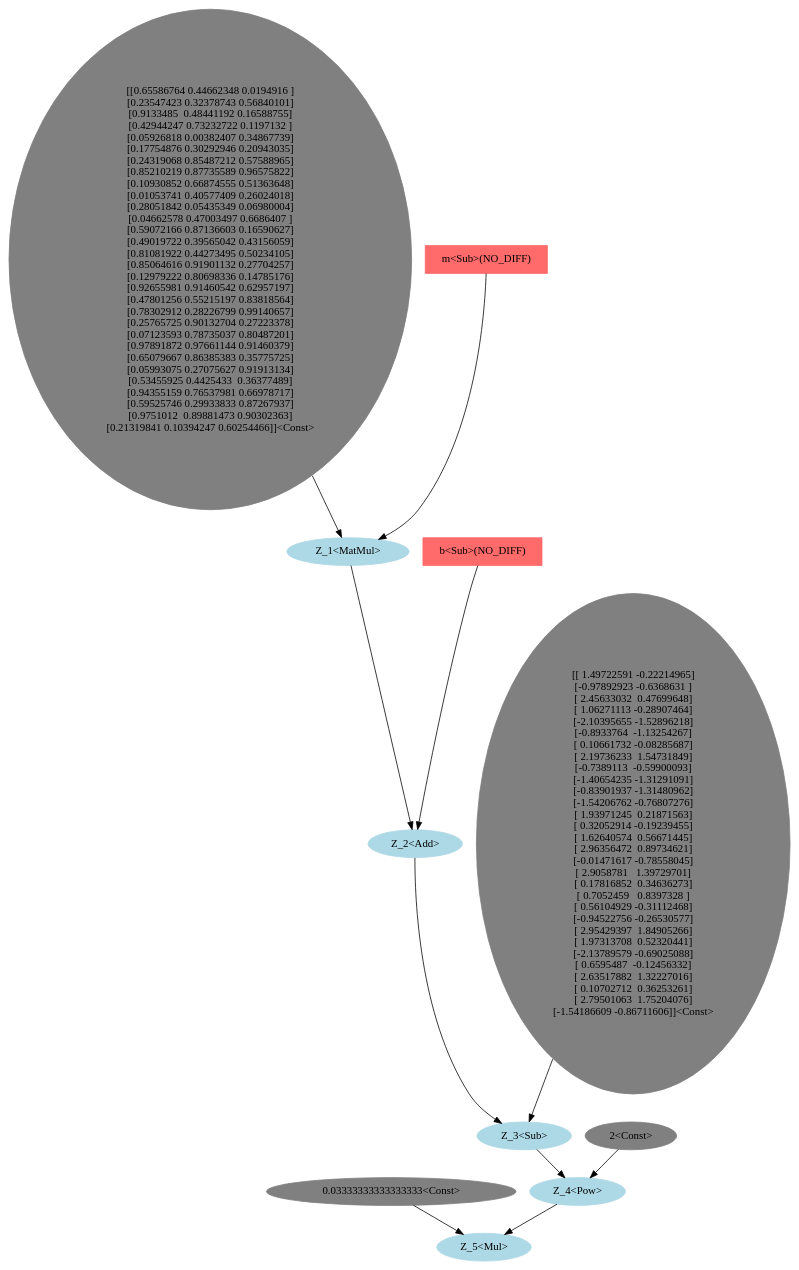
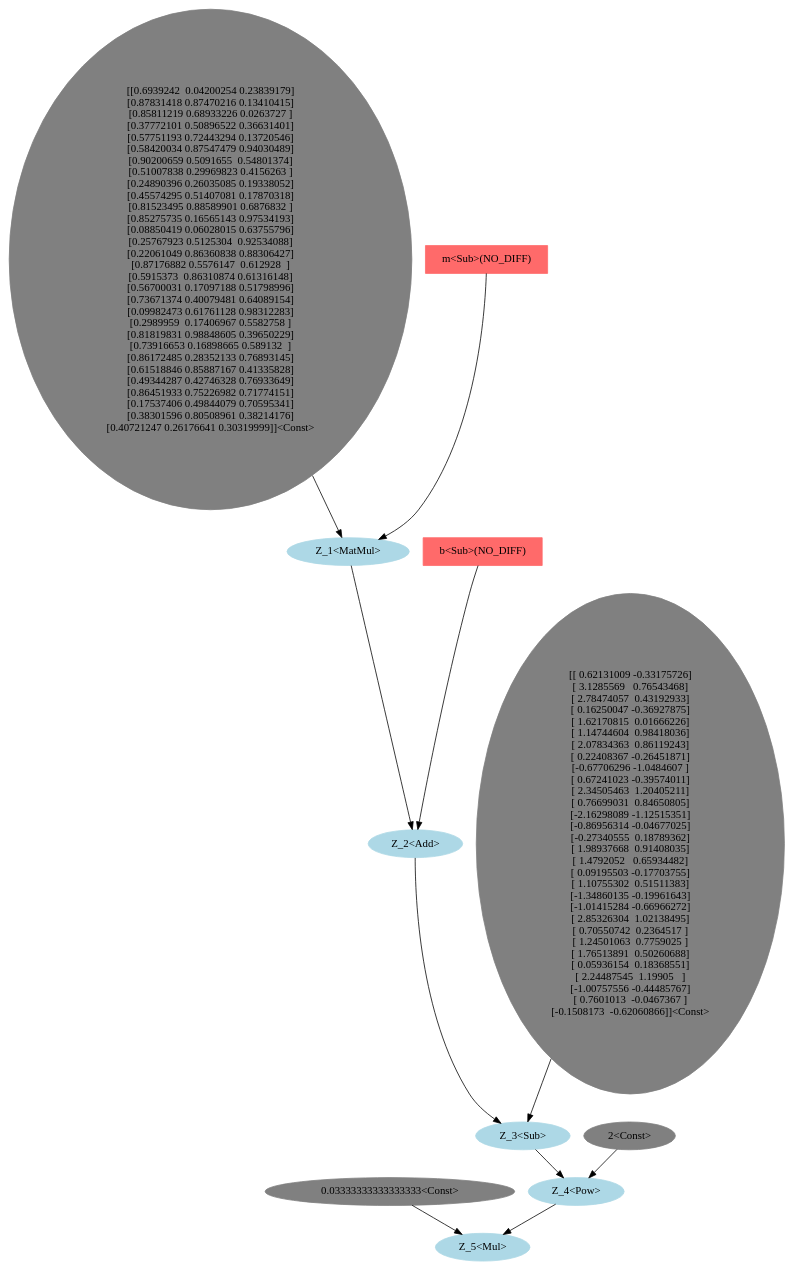
One commit to VIVelev/nujo changed the diagram in Digraph.gv. Above: the diagram before and after it, drawn with Graphviz. The commit also changed 8 other files, not shown here.

```diff
--- a/Digraph.gv
+++ b/Digraph.gv
@@ -1,148 +1,148 @@
 digraph {
 	"0.03333333333333333<Const>" [color=gray shape=oval style=filled]
 	"Z_5<Mul>" [color=lightblue shape=oval style=filled]
 	"0.03333333333333333<Const>" -> "Z_5<Mul>"
 	"Z_4<Pow>" [color=lightblue shape=oval style=filled]
 	"Z_5<Mul>" [color=lightblue shape=oval style=filled]
 	"Z_4<Pow>" -> "Z_5<Mul>"
 	"Z_3<Sub>" [color=lightblue shape=oval style=filled]
 	"Z_4<Pow>" [color=lightblue shape=oval style=filled]
 	"Z_3<Sub>" -> "Z_4<Pow>"
 	"Z_2<Add>" [color=lightblue shape=oval style=filled]
 	"Z_3<Sub>" [color=lightblue shape=oval style=filled]
 	"Z_2<Add>" -> "Z_3<Sub>"
 	"Z_1<MatMul>" [color=lightblue shape=oval style=filled]
 	"Z_2<Add>" [color=lightblue shape=oval style=filled]
 	"Z_1<MatMul>" -> "Z_2<Add>"
-	"[[0.65586764 0.44662348 0.0194916 ]
- [0.23547423 0.32378743 0.56840101]
- [0.9133485  0.48441192 0.16588755]
- [0.42944247 0.73232722 0.1197132 ]
- [0.05926818 0.00382407 0.34867739]
- [0.17754876 0.30292946 0.20943035]
- [0.24319068 0.85487212 0.57588965]
- [0.85210219 0.87735589 0.96575822]
- [0.10930852 0.66874555 0.51363648]
- [0.01053741 0.40577409 0.26024018]
- [0.28051842 0.05435349 0.06980004]
- [0.04662578 0.47003497 0.6686407 ]
- [0.59072166 0.87136603 0.16590627]
- [0.49019722 0.39565042 0.43156059]
- [0.81081922 0.44273495 0.50234105]
- [0.85064616 0.91901132 0.27704257]
- [0.12979222 0.80698336 0.14785176]
- [0.92655981 0.91460542 0.62957197]
- [0.47801256 0.55215197 0.83818564]
- [0.78302912 0.28226799 0.99140657]
- [0.25765725 0.90132704 0.27223378]
- [0.07123593 0.78735037 0.80487201]
- [0.97891872 0.97661144 0.91460379]
- [0.65079667 0.86385383 0.35775725]
- [0.05993075 0.27075627 0.91913134]
- [0.53455925 0.4425433  0.36377489]
- [0.94355159 0.76537981 0.66978717]
- [0.59525746 0.29933833 0.87267937]
- [0.9751012  0.89881473 0.90302363]
- [0.21319841 0.10394247 0.60254466]]<Const>" [color=gray shape=oval style=filled]
+	"[[0.6939242  0.04200254 0.23839179]
+ [0.87831418 0.87470216 0.13410415]
+ [0.85811219 0.68933226 0.0263727 ]
+ [0.37772101 0.50896522 0.36631401]
+ [0.57751193 0.72443294 0.13720546]
+ [0.58420034 0.87547479 0.94030489]
+ [0.90200659 0.5091655  0.54801374]
+ [0.51007838 0.29969823 0.4156263 ]
+ [0.24890396 0.26035085 0.19338052]
+ [0.45574295 0.51407081 0.17870318]
+ [0.81523495 0.88589901 0.6876832 ]
+ [0.85275735 0.16565143 0.97534193]
+ [0.08850419 0.06028015 0.63755796]
+ [0.25767923 0.5125304  0.92534088]
+ [0.22061049 0.86360838 0.88306427]
+ [0.87176882 0.5576147  0.612928  ]
+ [0.5915373  0.86310874 0.61316148]
+ [0.56700031 0.17097188 0.51798996]
+ [0.73671374 0.40079481 0.64089154]
+ [0.09982473 0.61761128 0.98312283]
+ [0.2989959  0.17406967 0.5582758 ]
+ [0.81819831 0.98848605 0.39650229]
+ [0.73916653 0.16898665 0.589132  ]
+ [0.86172485 0.28352133 0.76893145]
+ [0.61518846 0.85887167 0.41335828]
+ [0.49344287 0.42746328 0.76933649]
+ [0.86451933 0.75226982 0.71774151]
+ [0.17537406 0.49844079 0.70595341]
+ [0.38301596 0.80508961 0.38214176]
+ [0.40721247 0.26176641 0.30319999]]<Const>" [color=gray shape=oval style=filled]
 	"Z_1<MatMul>" [color=lightblue shape=oval style=filled]
-	"[[0.65586764 0.44662348 0.0194916 ]
- [0.23547423 0.32378743 0.56840101]
- [0.9133485  0.48441192 0.16588755]
- [0.42944247 0.73232722 0.1197132 ]
- [0.05926818 0.00382407 0.34867739]
- [0.17754876 0.30292946 0.20943035]
- [0.24319068 0.85487212 0.57588965]
- [0.85210219 0.87735589 0.96575822]
- [0.10930852 0.66874555 0.51363648]
- [0.01053741 0.40577409 0.26024018]
- [0.28051842 0.05435349 0.06980004]
- [0.04662578 0.47003497 0.6686407 ]
- [0.59072166 0.87136603 0.16590627]
- [0.49019722 0.39565042 0.43156059]
- [0.81081922 0.44273495 0.50234105]
- [0.85064616 0.91901132 0.27704257]
- [0.12979222 0.80698336 0.14785176]
- [0.92655981 0.91460542 0.62957197]
- [0.47801256 0.55215197 0.83818564]
- [0.78302912 0.28226799 0.99140657]
- [0.25765725 0.90132704 0.27223378]
- [0.07123593 0.78735037 0.80487201]
- [0.97891872 0.97661144 0.91460379]
- [0.65079667 0.86385383 0.35775725]
- [0.05993075 0.27075627 0.91913134]
- [0.53455925 0.4425433  0.36377489]
- [0.94355159 0.76537981 0.66978717]
- [0.59525746 0.29933833 0.87267937]
- [0.9751012  0.89881473 0.90302363]
- [0.21319841 0.10394247 0.60254466]]<Const>" -> "Z_1<MatMul>"
+	"[[0.6939242  0.04200254 0.23839179]
+ [0.87831418 0.87470216 0.13410415]
+ [0.85811219 0.68933226 0.0263727 ]
+ [0.37772101 0.50896522 0.36631401]
+ [0.57751193 0.72443294 0.13720546]
+ [0.58420034 0.87547479 0.94030489]
+ [0.90200659 0.5091655  0.54801374]
+ [0.51007838 0.29969823 0.4156263 ]
+ [0.24890396 0.26035085 0.19338052]
+ [0.45574295 0.51407081 0.17870318]
+ [0.81523495 0.88589901 0.6876832 ]
+ [0.85275735 0.16565143 0.97534193]
+ [0.08850419 0.06028015 0.63755796]
+ [0.25767923 0.5125304  0.92534088]
+ [0.22061049 0.86360838 0.88306427]
+ [0.87176882 0.5576147  0.612928  ]
+ [0.5915373  0.86310874 0.61316148]
+ [0.56700031 0.17097188 0.51798996]
+ [0.73671374 0.40079481 0.64089154]
+ [0.09982473 0.61761128 0.98312283]
+ [0.2989959  0.17406967 0.5582758 ]
+ [0.81819831 0.98848605 0.39650229]
+ [0.73916653 0.16898665 0.589132  ]
+ [0.86172485 0.28352133 0.76893145]
+ [0.61518846 0.85887167 0.41335828]
+ [0.49344287 0.42746328 0.76933649]
+ [0.86451933 0.75226982 0.71774151]
+ [0.17537406 0.49844079 0.70595341]
+ [0.38301596 0.80508961 0.38214176]
+ [0.40721247 0.26176641 0.30319999]]<Const>" -> "Z_1<MatMul>"
 	"m<Sub>(NO_DIFF)" [color=indianred1 shape=box style=filled]
 	"Z_1<MatMul>" [color=lightblue shape=oval style=filled]
 	"m<Sub>(NO_DIFF)" -> "Z_1<MatMul>"
 	"b<Sub>(NO_DIFF)" [color=indianred1 shape=box style=filled]
 	"Z_2<Add>" [color=lightblue shape=oval style=filled]
 	"b<Sub>(NO_DIFF)" -> "Z_2<Add>"
-	"[[ 1.49722591 -0.22214965]
- [-0.97892923 -0.6368631 ]
- [ 2.45633032  0.47699648]
- [ 1.06271113 -0.28907464]
- [-2.10395655 -1.52896218]
- [-0.8933764  -1.13254267]
- [ 0.10661732 -0.08285687]
- [ 2.19736233  1.54731849]
- [-0.7389113  -0.59900093]
- [-1.40654235 -1.31291091]
- [-0.83901937 -1.31480962]
- [-1.54206762 -0.76807276]
- [ 1.93971245  0.21871563]
- [ 0.32052914 -0.19239455]
- [ 1.62640574  0.56671445]
- [ 2.96356472  0.89734621]
- [-0.01471617 -0.78558045]
- [ 2.9058781   1.39729701]
- [ 0.17816852  0.34636273]
- [ 0.7052459   0.8397328 ]
- [ 0.56104929 -0.31112468]
- [-0.94522756 -0.26530577]
- [ 2.95429397  1.84905266]
- [ 1.97313708  0.52320441]
- [-2.13789579 -0.69025088]
- [ 0.6595487  -0.12456332]
- [ 2.63517882  1.32227016]
- [ 0.10702712  0.36253261]
- [ 2.79501063  1.75204076]
- [-1.54186609 -0.86711606]]<Const>" [color=gray shape=oval style=filled]
+	"[[ 0.62131009 -0.33175726]
+ [ 3.1285569   0.76543468]
+ [ 2.78474057  0.43192933]
+ [ 0.16250047 -0.36927875]
+ [ 1.62170815  0.01666226]
+ [ 1.14744604  0.98418036]
+ [ 2.07834363  0.86119243]
+ [ 0.22408367 -0.26451871]
+ [-0.67706296 -1.0484607 ]
+ [ 0.67241023 -0.39574011]
+ [ 2.34505463  1.20405211]
+ [ 0.76699031  0.84650805]
+ [-2.16298089 -1.12515351]
+ [-0.86956314 -0.04677025]
+ [-0.27340555  0.18789362]
+ [ 1.98937668  0.91408035]
+ [ 1.4792052   0.65934482]
+ [ 0.09195503 -0.17703755]
+ [ 1.10755302  0.51511383]
+ [-1.34860135 -0.19961643]
+ [-1.01415284 -0.66966272]
+ [ 2.85326304  1.02138495]
+ [ 0.70550742  0.2364517 ]
+ [ 1.24501063  0.7759025 ]
+ [ 1.76513891  0.50260688]
+ [ 0.05936154  0.18368551]
+ [ 2.24487545  1.19905   ]
+ [-1.00757556 -0.44485767]
+ [ 0.7601013  -0.0467367 ]
+ [-0.1508173  -0.62060866]]<Const>" [color=gray shape=oval style=filled]
 	"Z_3<Sub>" [color=lightblue shape=oval style=filled]
-	"[[ 1.49722591 -0.22214965]
- [-0.97892923 -0.6368631 ]
- [ 2.45633032  0.47699648]
- [ 1.06271113 -0.28907464]
- [-2.10395655 -1.52896218]
- [-0.8933764  -1.13254267]
- [ 0.10661732 -0.08285687]
- [ 2.19736233  1.54731849]
- [-0.7389113  -0.59900093]
- [-1.40654235 -1.31291091]
- [-0.83901937 -1.31480962]
- [-1.54206762 -0.76807276]
- [ 1.93971245  0.21871563]
- [ 0.32052914 -0.19239455]
- [ 1.62640574  0.56671445]
- [ 2.96356472  0.89734621]
- [-0.01471617 -0.78558045]
- [ 2.9058781   1.39729701]
- [ 0.17816852  0.34636273]
- [ 0.7052459   0.8397328 ]
- [ 0.56104929 -0.31112468]
- [-0.94522756 -0.26530577]
- [ 2.95429397  1.84905266]
- [ 1.97313708  0.52320441]
- [-2.13789579 -0.69025088]
- [ 0.6595487  -0.12456332]
- [ 2.63517882  1.32227016]
- [ 0.10702712  0.36253261]
- [ 2.79501063  1.75204076]
- [-1.54186609 -0.86711606]]<Const>" -> "Z_3<Sub>"
+	"[[ 0.62131009 -0.33175726]
+ [ 3.1285569   0.76543468]
+ [ 2.78474057  0.43192933]
+ [ 0.16250047 -0.36927875]
+ [ 1.62170815  0.01666226]
+ [ 1.14744604  0.98418036]
+ [ 2.07834363  0.86119243]
+ [ 0.22408367 -0.26451871]
+ [-0.67706296 -1.0484607 ]
+ [ 0.67241023 -0.39574011]
+ [ 2.34505463  1.20405211]
+ [ 0.76699031  0.84650805]
+ [-2.16298089 -1.12515351]
+ [-0.86956314 -0.04677025]
+ [-0.27340555  0.18789362]
+ [ 1.98937668  0.91408035]
+ [ 1.4792052   0.65934482]
+ [ 0.09195503 -0.17703755]
+ [ 1.10755302  0.51511383]
+ [-1.34860135 -0.19961643]
+ [-1.01415284 -0.66966272]
+ [ 2.85326304  1.02138495]
+ [ 0.70550742  0.2364517 ]
+ [ 1.24501063  0.7759025 ]
+ [ 1.76513891  0.50260688]
+ [ 0.05936154  0.18368551]
+ [ 2.24487545  1.19905   ]
+ [-1.00757556 -0.44485767]
+ [ 0.7601013  -0.0467367 ]
+ [-0.1508173  -0.62060866]]<Const>" -> "Z_3<Sub>"
 	"2<Const>" [color=gray shape=oval style=filled]
 	"Z_4<Pow>" [color=lightblue shape=oval style=filled]
 	"2<Const>" -> "Z_4<Pow>"
 }
```
